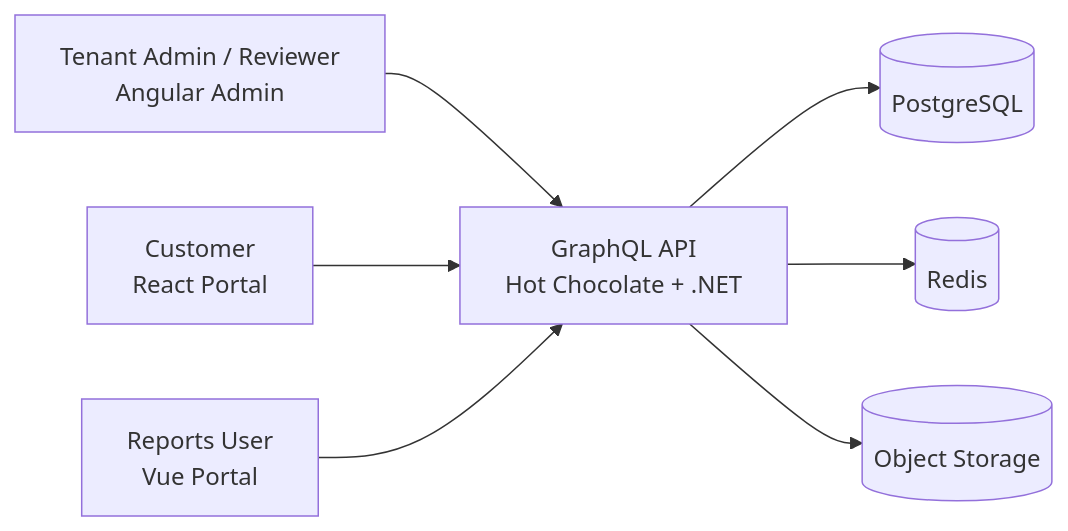
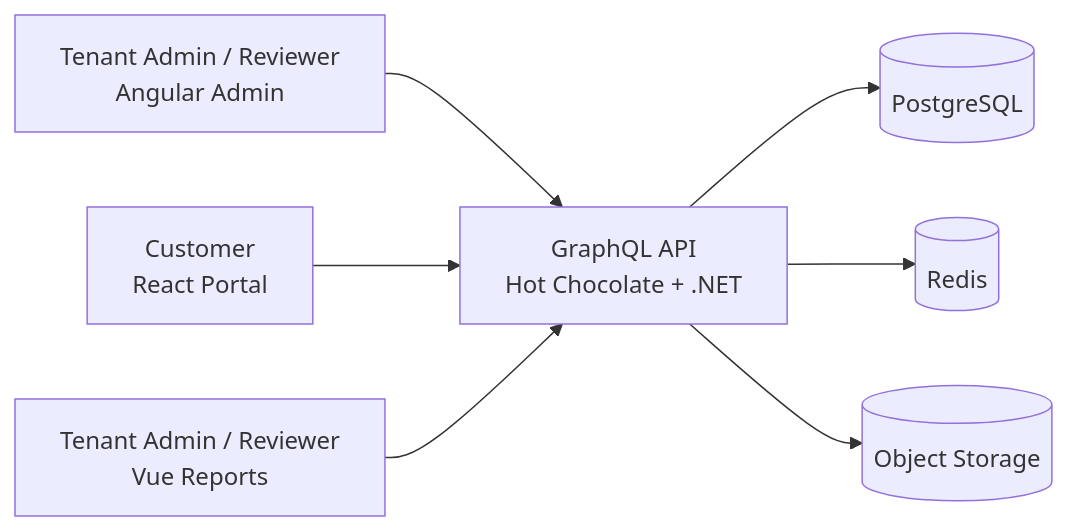
One commit to SDS37/kyc-multi-frontend changed the first of 6 diagrams in docs/architecture.md. Above: the diagram before and after it, drawn with Mermaid. The commit also changed other lines of this file and 7 other files, not shown here.

````diff
--- a/docs/architecture.md
+++ b/docs/architecture.md
@@ -5,17 +11,17 @@
 ```mermaid
 flowchart LR
     Admin["Tenant Admin / Reviewer<br/>Angular Admin"]
     Customer["Customer<br/>React Portal"]
-    Reports["Reports User<br/>Vue Portal"]
+    Reports["Tenant Admin / Reviewer<br/>Vue Reports"]
     GQL["GraphQL API<br/>Hot Chocolate + .NET"]
     DB[(PostgreSQL)]
     Cache[(Redis)]
     Files[(Object Storage)]
 
     Admin --> GQL
     Customer --> GQL
     Reports --> GQL
     GQL --> DB
     GQL --> Cache
     GQL --> Files
 ```
````
